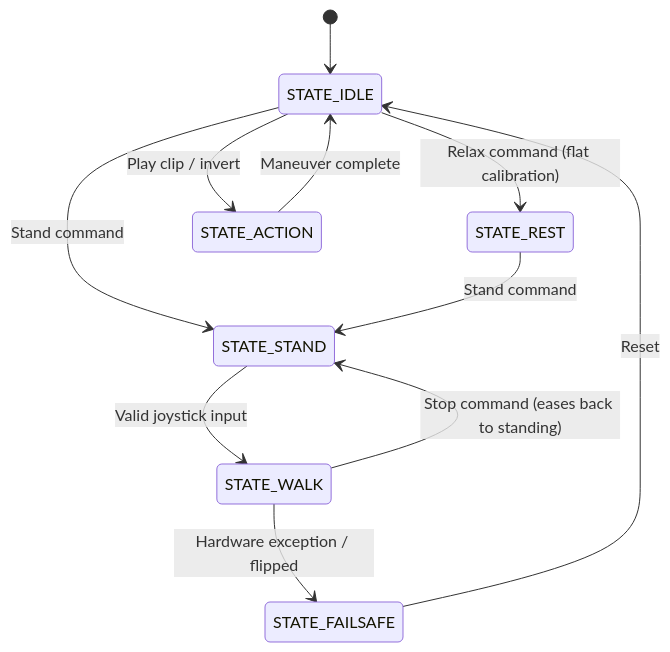
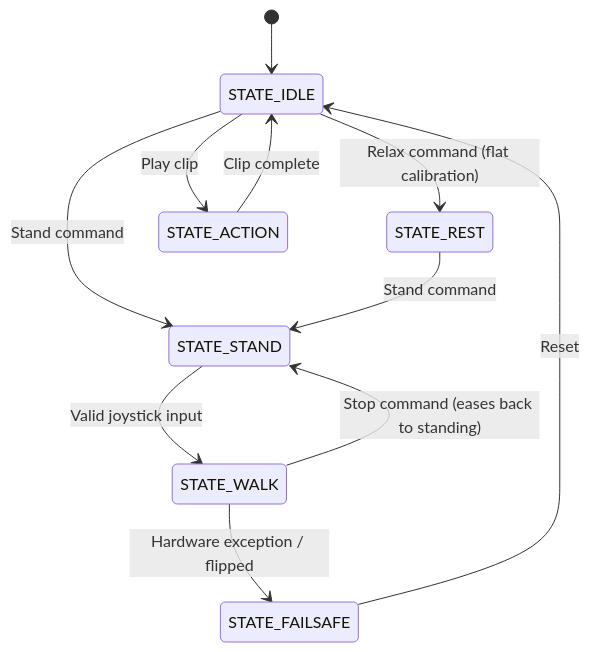
One commit to epfl-cs358/2026sp-FaceHugger changed the diagram in wiki/guide/software.md. Above: the diagram before and after it, drawn with Mermaid. The commit also changed other lines of this file and 8 other files, not shown here.

````diff
--- a/wiki/guide/software.md
+++ b/wiki/guide/software.md
@@ -126,17 +126,17 @@
 ```mermaid
 stateDiagram-v2
     [*] --> STATE_IDLE
 
     STATE_STAND --> STATE_WALK : Valid joystick input
     STATE_WALK --> STATE_STAND : Stop command (eases back to standing)
 
     STATE_IDLE --> STATE_STAND : Stand command
     STATE_IDLE --> STATE_REST : Relax command (flat calibration)
     STATE_REST --> STATE_STAND : Stand command
 
-    STATE_IDLE --> STATE_ACTION : Play clip / invert
-    STATE_ACTION --> STATE_IDLE : Maneuver complete
+    STATE_IDLE --> STATE_ACTION : Play clip
+    STATE_ACTION --> STATE_IDLE : Clip complete
 
     STATE_WALK --> STATE_FAILSAFE : Hardware exception / flipped
     STATE_FAILSAFE --> STATE_IDLE : Reset
 ```
````
